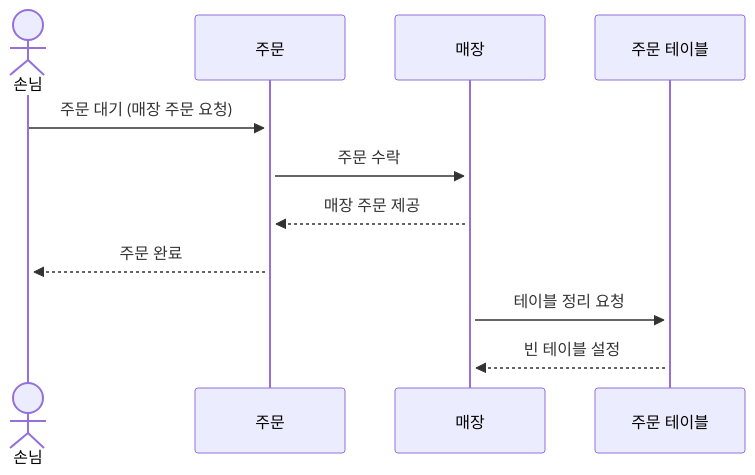
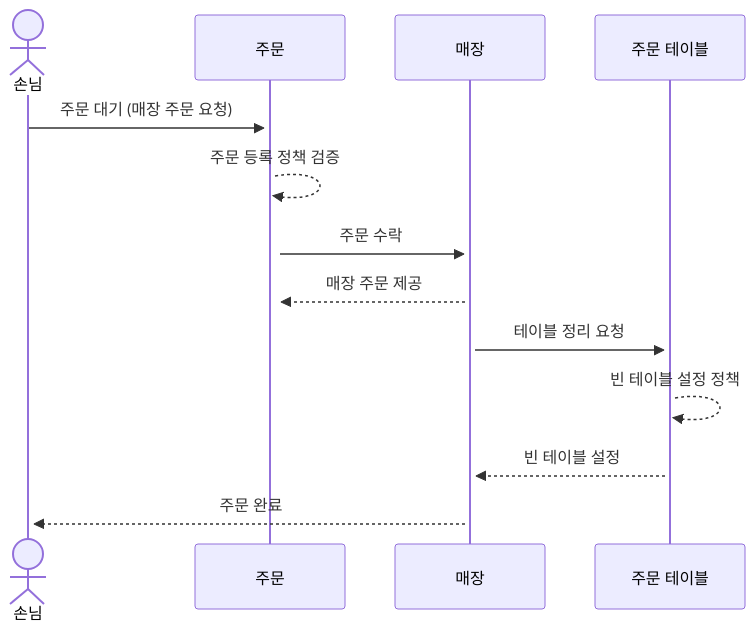
Before and after one commit to next-step/ddd-strategic-design: the sixth of 6 diagrams in README.md, drawn with Mermaid. The commit also changed other lines of this file, not shown here.

Commit message:
docs: 주문 유형별 다이어그램 정책 추가

````diff
--- a/README.md
+++ b/README.md
@@ -380,14 +382,16 @@
 ```mermaid
 %% Sequence Diagram: 매장 주문 프로세스
 sequenceDiagram
     actor 손님
     participant 주문
     participant 매장
 
     손님->>+주문: 주문 대기 (매장 주문 요청)
+    주문-->>+주문: 주문 등록 정책 검증
     주문->>+매장: 주문 수락
     매장-->>+주문: 매장 주문 제공
-    주문-->>+손님: 주문 완료
     매장->>+주문 테이블: 테이블 정리 요청
+    주문 테이블-->>+주문 테이블: 빈 테이블 설정 정책
     주문 테이블-->>+매장: 빈 테이블 설정
+    매장-->>+손님: 주문 완료
 ```
````
